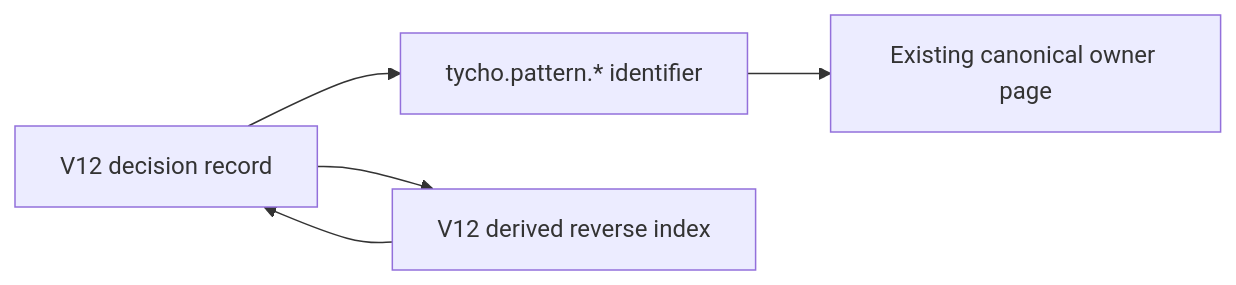
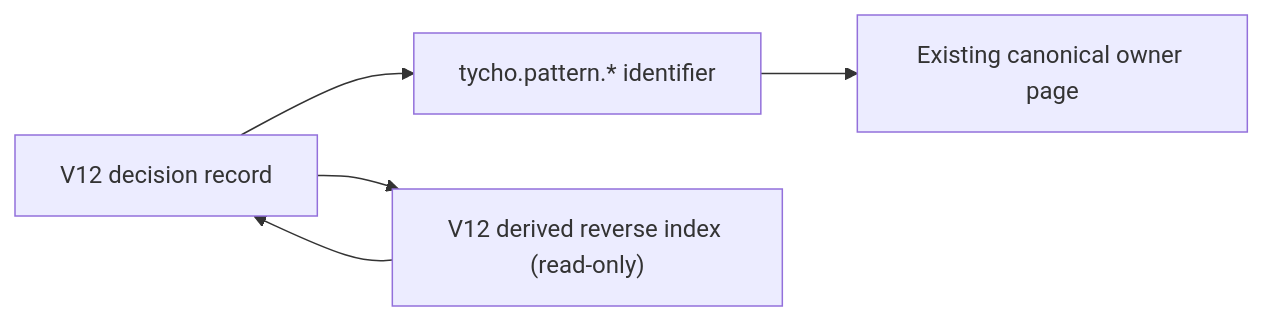
The diagram in book/volumes/v12-modeling-simulation-and-decision-validation/c05-decision-integration/decision-records-and-pattern-links.md (rouslanbaranov/tycho), drawn with Mermaid before and after one commit. The commit also changed 9 other files, not shown here.

```diff
--- a/book/volumes/v12-modeling-simulation-and-decision-validation/c05-decision-integration/decision-records-and-pattern-links.md
+++ b/book/volumes/v12-modeling-simulation-and-decision-validation/c05-decision-integration/decision-records-and-pattern-links.md
@@ -134,7 +134,7 @@
 ~~~mermaid
 flowchart LR
     V["V12 decision record"] --> P["tycho.pattern.* identifier"]
     P --> O["Existing canonical owner page"]
-    V --> R["V12 derived reverse index"]
+    V --> R["V12 derived reverse index (read-only)"]
     R --> V
 ~~~
```
